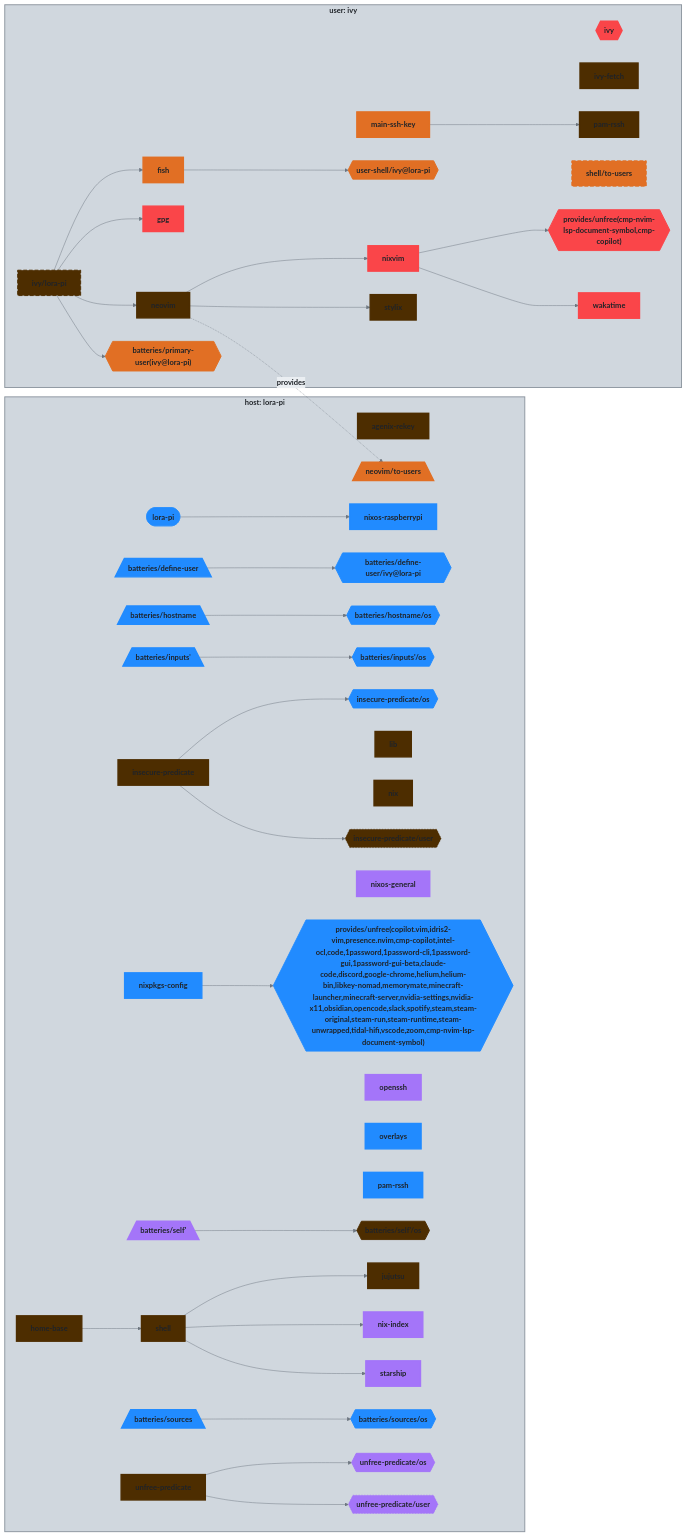
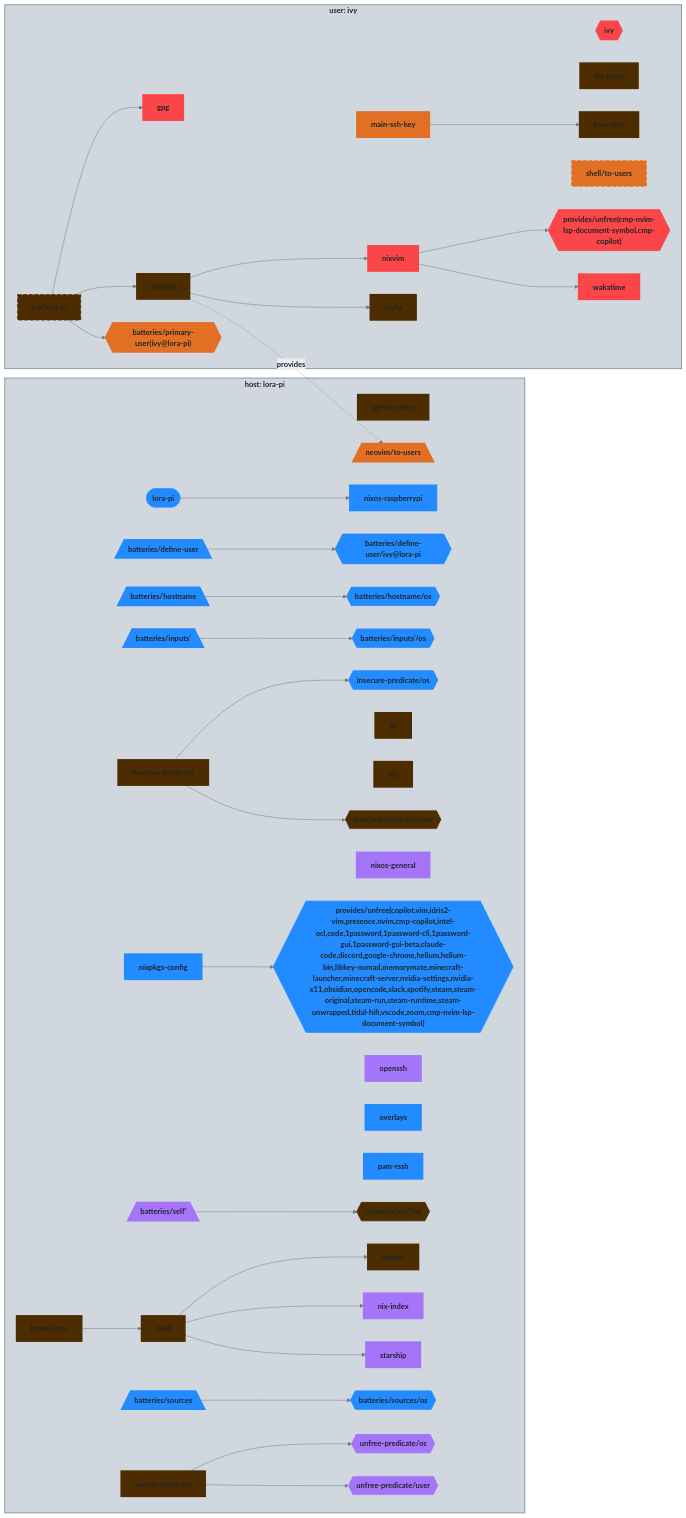
The third of 8 diagrams in README.md (auscyber/dotfiles), drawn with Mermaid before and after one commit. The commit also changed other lines of this file and 1 other file, not shown here.

Commit message:
docs: update generated documentation

```diff
--- a/README.md
+++ b/README.md
@@ -722,7 +720,6 @@
   unfree_predicate --> unfree_predicate__user
   end
   subgraph ctx_user_ivy["user: ivy"]
-  fish["fish"]:::fish_c
   gpg["gpg"]:::gpg_c
   ivy{{"ivy"}}:::ivy_c
   ivy_fetch["ivy-fetch"]:::ivy_fetch_c
@@ -735,10 +732,7 @@
   shell__to_users["shell/to-users"]:::shell__to_users_c
   stylix["stylix"]:::stylix_c
   den__provides__unfree_cmp_nvim_lsp_document_symbol_cmp_copilot_{{"provides/unfree(cmp-nvim-lsp-document-symbol,cmp-copilot)"}}:::den__provides__unfree_cmp_nvim_lsp_document_symbol_cmp_copilot__c
-  user_shell__ivy_lora_pi{{"user-shell/ivy@lora-pi"}}:::user_shell__ivy_lora_pi_c
   wakatime["wakatime"]:::wakatime_c
-  fish --> user_shell__ivy_lora_pi
-  ivy__lora_pi --> fish
   ivy__lora_pi --> gpg
   ivy__lora_pi --> neovim
   ivy__lora_pi --> den__batteries__primary_user_ivy_lora_pi_
@@ -755,7 +749,6 @@
   classDef agenix_rekey_c fill:#4d2d00,stroke:#4d2d00,color:#1f2328,stroke-width:3px
   classDef den__batteries__define_user_c fill:#218bff,stroke:#218bff,color:#1f2328,stroke-width:3px
   classDef den__batteries__define_user__ivy_lora_pi_c fill:#218bff,stroke:#218bff,color:#1f2328,stroke-width:2px
-  classDef fish_c fill:#e16f24,stroke:#e16f24,color:#1f2328,stroke-width:3px
   classDef gpg_c fill:#fa4549,stroke:#fa4549,color:#1f2328,stroke-width:3px
   classDef home_base_c fill:#4d2d00,stroke:#4d2d00,color:#1f2328,stroke-width:3px
   classDef den__batteries__hostname_c fill:#218bff,stroke:#218bff,color:#1f2328,stroke-width:3px
@@ -798,7 +791,6 @@
   classDef unfree_predicate_c fill:#4d2d00,stroke:#4d2d00,color:#1f2328,stroke-width:3px
   classDef unfree_predicate__os_c fill:#a475f9,stroke:#a475f9,color:#1f2328,stroke-width:2px
   classDef unfree_predicate__user_c fill:#a475f9,stroke:#a475f9,color:#1f2328,stroke-dasharray: 3 3,stroke-width:1px
-  classDef user_shell__ivy_lora_pi_c fill:#e16f24,stroke:#e16f24,color:#1f2328,stroke-width:2px
   classDef wakatime_c fill:#fa4549,stroke:#fa4549,color:#1f2328,stroke-width:3px
 style ctx_host_lora_pi fill:#d0d7de,stroke:#8c959f,stroke-width:2px
 style ctx_user_ivy fill:#d0d7de,stroke:#8c959f,stroke-width:2px
```
